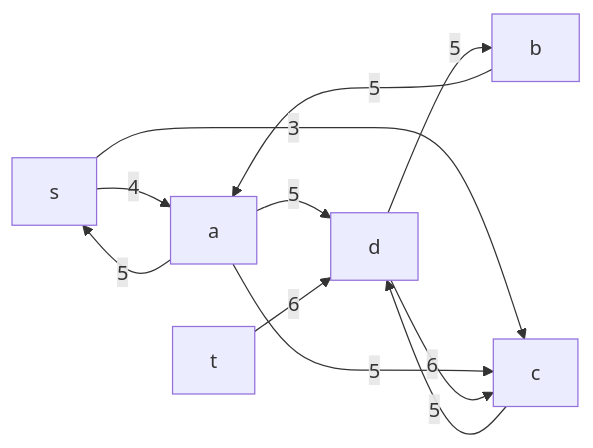
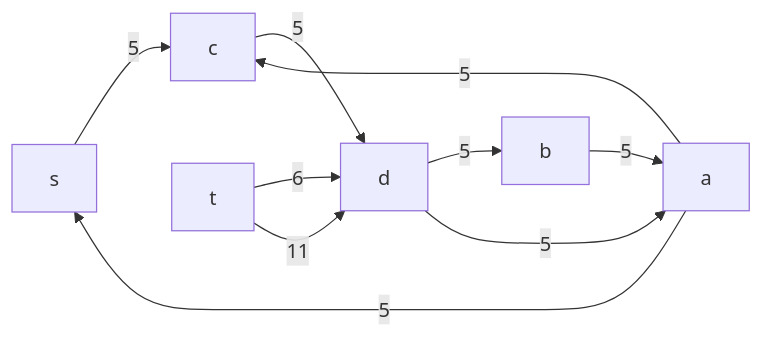
Before and after one commit to hse-algo-24-crow/manual-tasks-crow: the third of 8 diagrams in task-10/python-gang.md, drawn with Mermaid. The commit also changed other lines of this file, not shown here.

````diff
--- a/task-10/python-gang.md
+++ b/task-10/python-gang.md
@@ -56,13 +56,12 @@
 ```mermaid
 graph LR
-    s -- "4" --> a
-    s -- "3" --> c
-    a -- "5" --> d
+    s -- "5" --> c
     a -- "5" --> c
     c -- "5" --> d
+    d -- "5" --> b
+    t -- "6" --> d
+    b -- "5" --> a
+    d -- "5" --> a
     a -- "5" --> s
-    b -- "5" --> a
-    d -- "5" --> b
-    d -- "6" --> c
-    t -- "6" --> d
+    t -- "11" --> d
 ```
````
